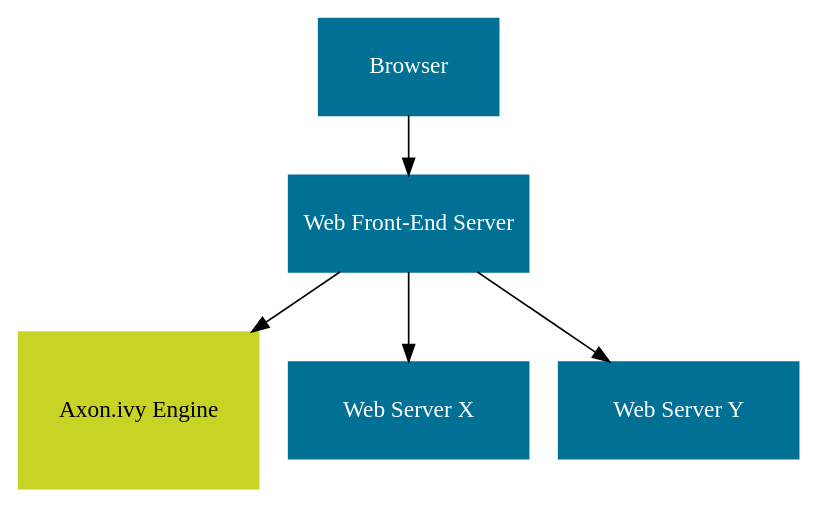
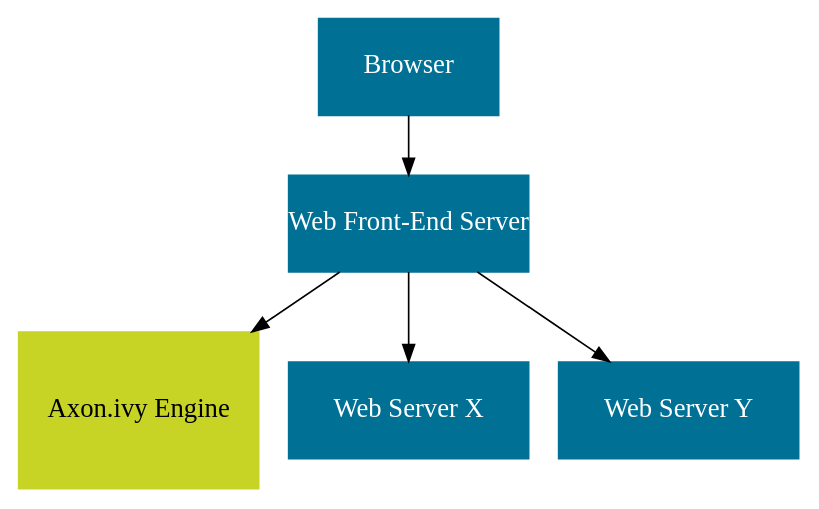
The diagram in source/engine-guide/integration/includes/integration-graph.dot (bernhardAxonIvy/doc), drawn with Graphviz before and after one commit. The commit also changed 2 other files, not shown here.

```diff
--- a/source/engine-guide/integration/includes/integration-graph.dot
+++ b/source/engine-guide/integration/includes/integration-graph.dot
@@ -1,25 +1,25 @@
 
 digraph integrationSetup {
   node [
     shape=box, 
     style=filled,
     margin=0 width=2 height=0.8
     fontcolor="white",
-    fontname="UbuntuMono"
+    fontsize=16
     color="#007095",
     fixedsize=true,
   ];
 
   browser [ label="Browser", pos = "0,2!", width=1.5];
 
   webFrontendServer [ ratio=compress,label="Web Front-End Server" pos = "3,2!" ];
 
   engine [ label="Axon.ivy Engine", pos = "6,3.3!", height = "1.3" color="#C7D426", fontcolor="black"];
   webServerX [ label="Web Server X",pos = "6,2!" ];
   webServerY [ label="Web Server Y",pos = "6,1!" ];
 
   browser -> webFrontendServer;
   webFrontendServer -> engine;
   webFrontendServer -> webServerX;
   webFrontendServer -> webServerY;
 }
```
